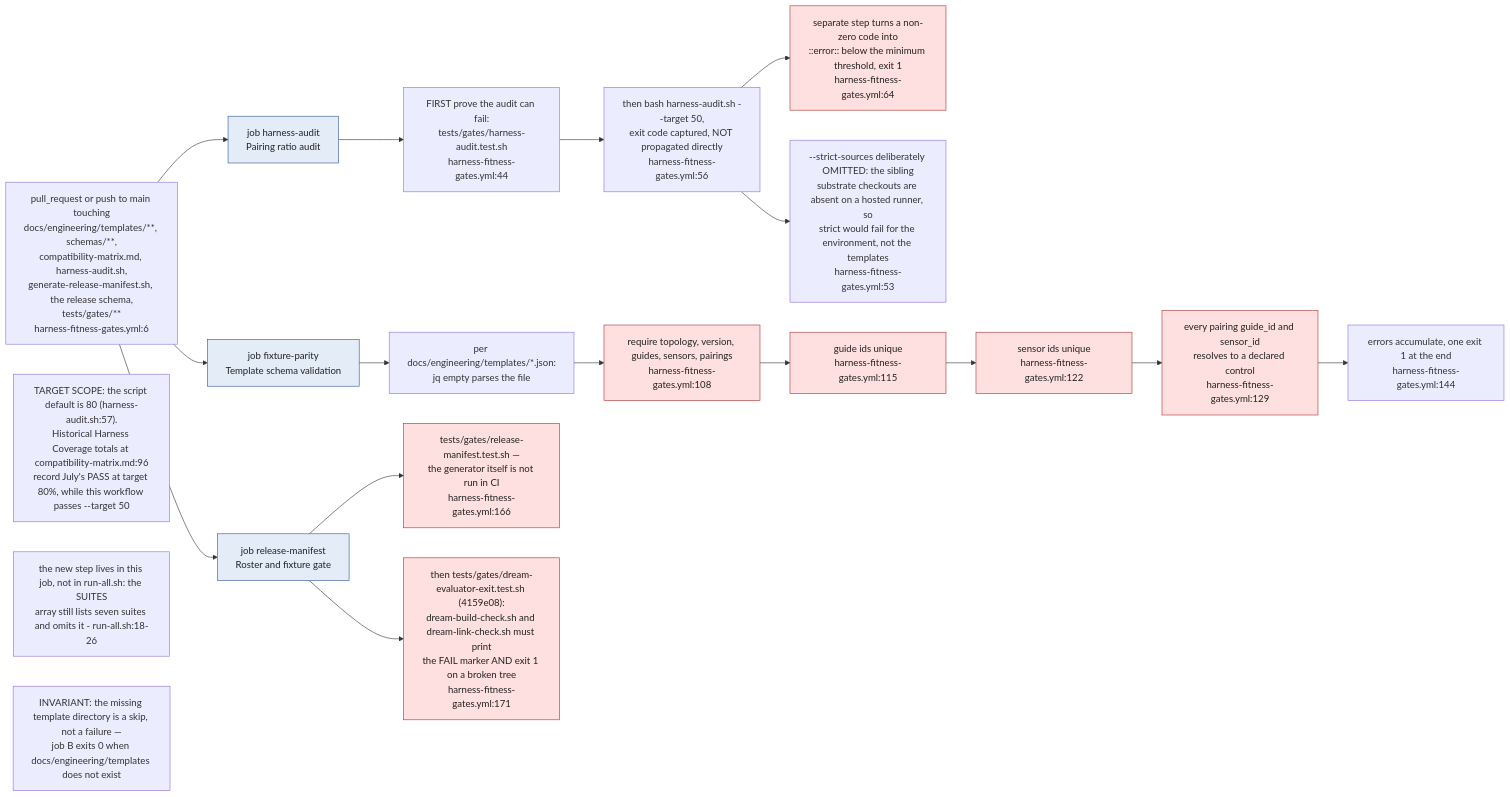
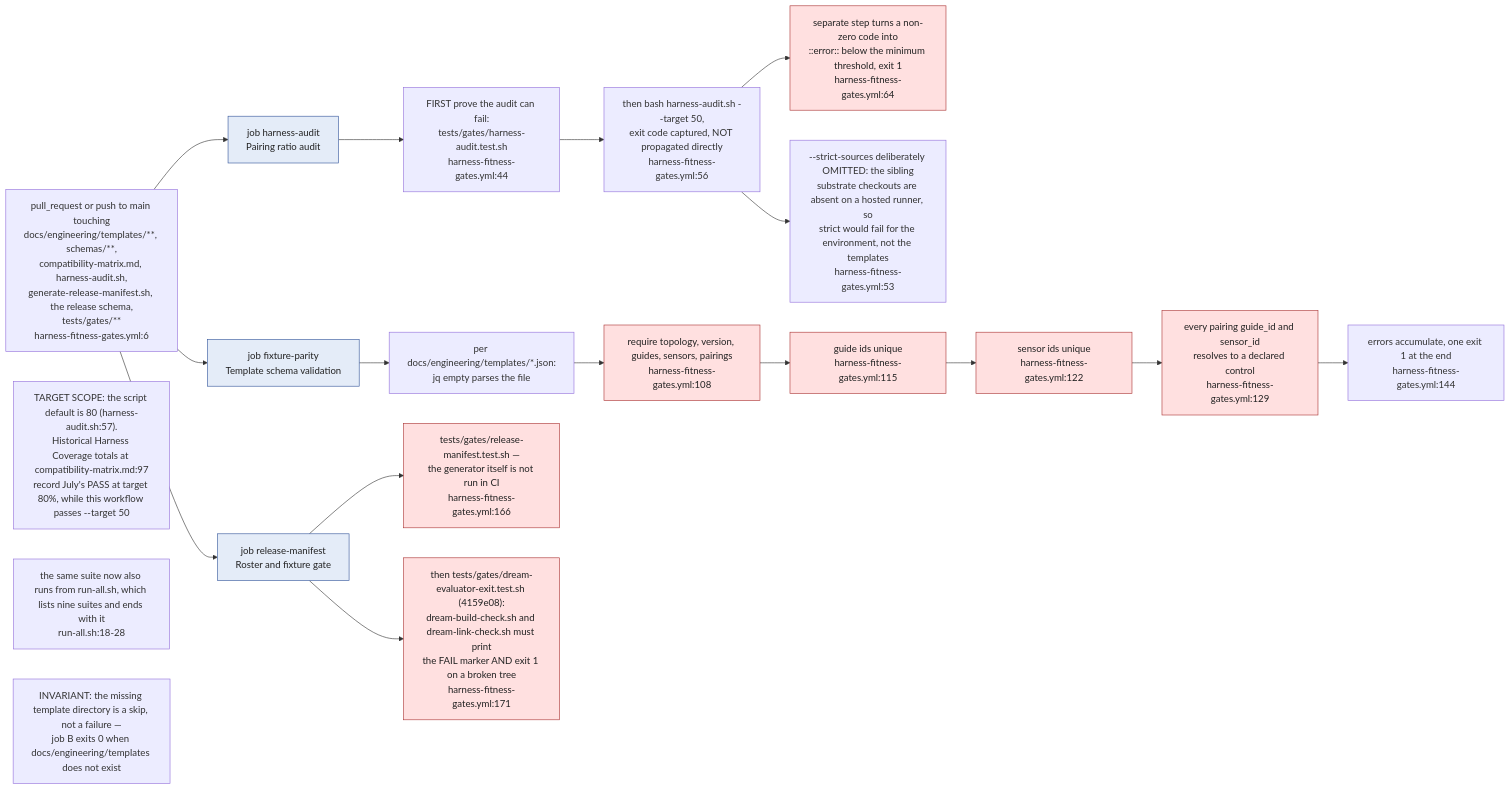
The seventh of 13 diagrams in docs/diagrams/visionflow/05-governance-gates.md (DreamLab-AI/VisionFlow), drawn with Mermaid before and after one commit. The commit also changed other lines of this file and 160 other files, not shown here.

````diff
--- a/docs/diagrams/visionflow/05-governance-gates.md
+++ b/docs/diagrams/visionflow/05-governance-gates.md
@@ -328,30 +315,30 @@
 ```mermaid
 flowchart LR
     classDef job fill:#e4ecf8,stroke:#33559a,color:#222
     classDef block fill:#ffe0e0,stroke:#aa3333,color:#222
 
     TRIG["pull_request or push to main touching<br/>docs/engineering/templates/**, schemas/**,<br/>compatibility-matrix.md, harness-audit.sh,<br/>generate-release-manifest.sh, the release schema,<br/>tests/gates/**<br/>harness-fitness-gates.yml:6"]
 
     TRIG --> A["job harness-audit<br/>Pairing ratio audit"]:::job
     TRIG --> B["job fixture-parity<br/>Template schema validation"]:::job
     TRIG --> C["job release-manifest<br/>Roster and fixture gate"]:::job
 
     A --> A1["FIRST prove the audit can fail:<br/>tests/gates/harness-audit.test.sh<br/>harness-fitness-gates.yml:44"]
     A1 --> A2["then bash harness-audit.sh --target 50,<br/>exit code captured, NOT propagated directly<br/>harness-fitness-gates.yml:56"]
     A2 --> A3["separate step turns a non-zero code into<br/>::error:: below the minimum threshold, exit 1<br/>harness-fitness-gates.yml:64"]:::block
     A2 --> A4["--strict-sources deliberately OMITTED: the sibling<br/>substrate checkouts are absent on a hosted runner, so<br/>strict would fail for the environment, not the templates<br/>harness-fitness-gates.yml:53"]
 
     B --> B1["per docs/engineering/templates/*.json:<br/>jq empty parses the file"]
     B1 --> B2["require topology, version, guides, sensors, pairings<br/>harness-fitness-gates.yml:108"]:::block
     B2 --> B3["guide ids unique<br/>harness-fitness-gates.yml:115"]:::block
     B3 --> B4["sensor ids unique<br/>harness-fitness-gates.yml:122"]:::block
     B4 --> B5["every pairing guide_id and sensor_id<br/>resolves to a declared control<br/>harness-fitness-gates.yml:129"]:::block
     B5 --> B6["errors accumulate, one exit 1 at the end<br/>harness-fitness-gates.yml:144"]
 
     C --> C1["tests/gates/release-manifest.test.sh —<br/>the generator itself is not run in CI<br/>harness-fitness-gates.yml:166"]:::block
     C --> C2["then tests/gates/dream-evaluator-exit.test.sh (4159e08):<br/>dream-build-check.sh and dream-link-check.sh must print<br/>the FAIL marker AND exit 1 on a broken tree<br/>harness-fitness-gates.yml:171"]:::block
 
-    NOTE1["TARGET SCOPE: the script default is 80 (harness-audit.sh:57).<br/>Historical Harness Coverage totals at compatibility-matrix.md:96<br/>record July's PASS at target 80%, while this workflow passes --target 50"]
-    NOTE4["the new step lives in this job, not in run-all.sh: the SUITES<br/>array still lists seven suites and omits it - run-all.sh:18-26"]
+    NOTE1["TARGET SCOPE: the script default is 80 (harness-audit.sh:57).<br/>Historical Harness Coverage totals at compatibility-matrix.md:97<br/>record July's PASS at target 80%, while this workflow passes --target 50"]
+    NOTE4["the same suite now also runs from run-all.sh, which lists nine suites and ends with it<br/>run-all.sh:18-28"]
     NOTE2["INVARIANT: the missing template directory is a skip, not a failure —<br/>job B exits 0 when docs/engineering/templates does not exist"]
 ```
````
